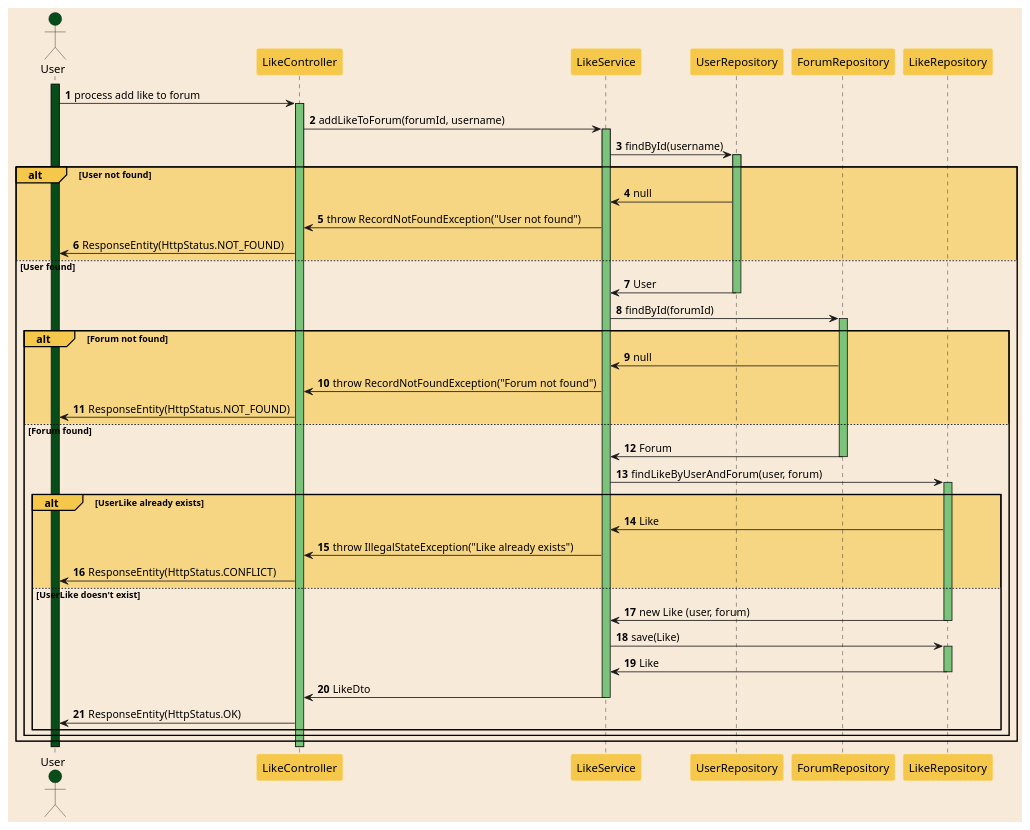
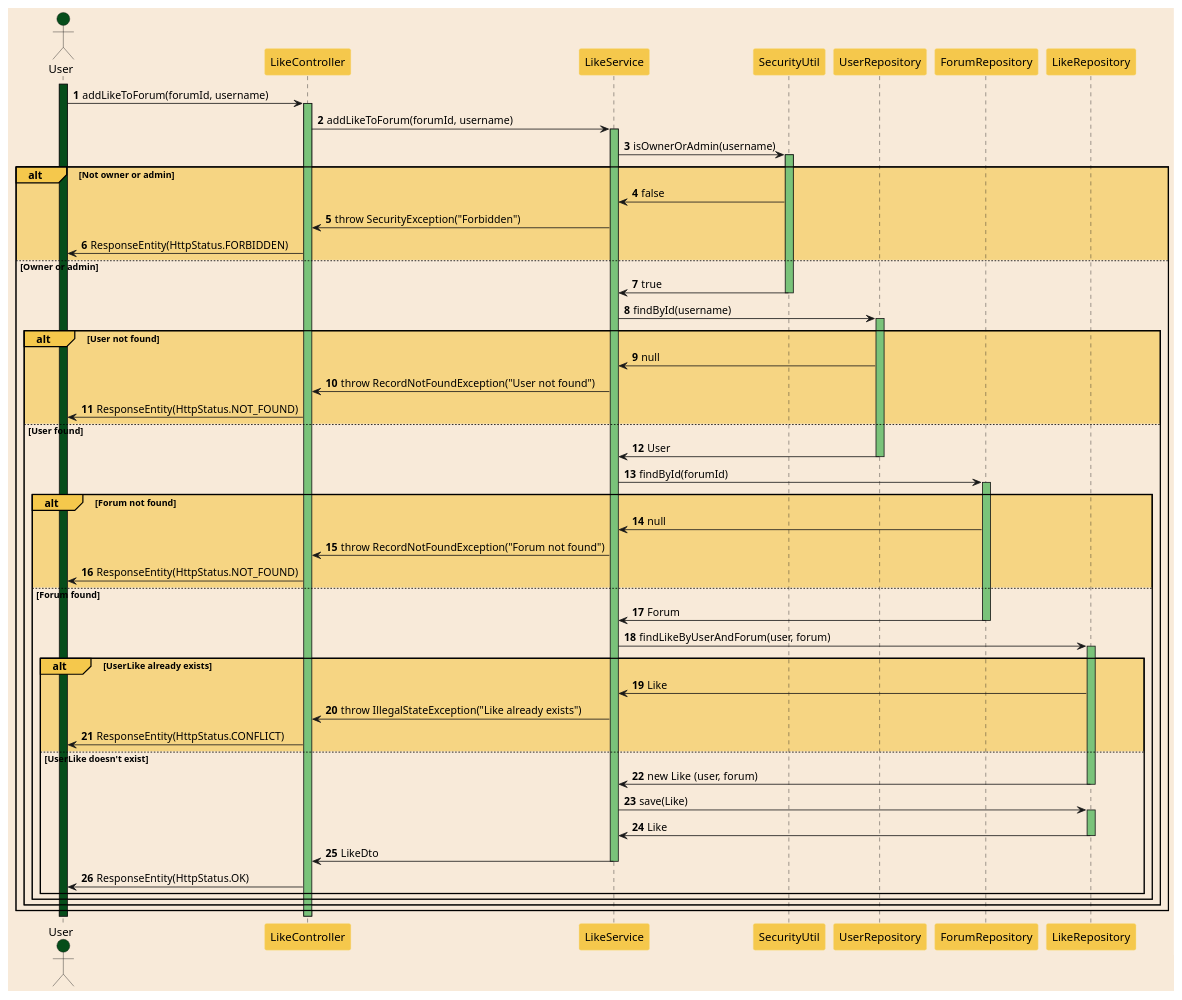
The diagram in src/main/resources/AddLikeToForumSequenceDiagram.puml (TamaraDeBeer/Backend-AutiWomen), drawn with PlantUML before and after one commit.

Commit message:
addLiketoForumSequenceDiagram eengepast met ownercheck

```diff
--- a/src/main/resources/AddLikeToForumSequenceDiagram.puml
+++ b/src/main/resources/AddLikeToForumSequenceDiagram.puml
@@ -1,74 +1,86 @@
 @startuml
 'https://plantuml.com/sequence-diagram
 
 autonumber
 
 skinparam sequence {
     ParticipantBackgroundColor #F5C84C
     ParticipantBorderColor #F7E19A
 }
 
 skinparam {
     BackgroundColor #F8EAD9
     BorderColor #F8EAD9
 }
 
 actor User #064D1A
 activate User #064D1A
 
-User -> LikeController : process add like to forum
+User -> LikeController : addLikeToForum(forumId, username)
 activate LikeController #7AC37A
 
 LikeController -> LikeService : addLikeToForum(forumId, username)
 activate LikeService #7AC37A
+
+LikeService -> SecurityUtil : isOwnerOrAdmin(username)
+activate SecurityUtil #7AC37A
+
+alt#F5C84C #F5C84C99 Not owner or admin
+    SecurityUtil -> LikeService : false
+    LikeService -> LikeController : throw SecurityException("Forbidden")
+    LikeController -> User : ResponseEntity(HttpStatus.FORBIDDEN)
+else #F8EAD9 Owner or admin
+    SecurityUtil -> LikeService : true
+    deactivate SecurityUtil
 
 LikeService -> UserRepository : findById(username)
 activate UserRepository #7AC37A
 
 alt#F5C84C #F5C84C99 User not found
     UserRepository -> LikeService : null
     LikeService -> LikeController : throw RecordNotFoundException("User not found")
     LikeController -> User : ResponseEntity(HttpStatus.NOT_FOUND)
 else #F8EAD9 User found
     UserRepository -> LikeService : User
     deactivate UserRepository
 
     LikeService -> ForumRepository : findById(forumId)
     activate ForumRepository #7AC37A
 
     alt#F5C84C #F5C84C99 Forum not found
         ForumRepository -> LikeService : null
         LikeService -> LikeController : throw RecordNotFoundException("Forum not found")
         LikeController -> User : ResponseEntity(HttpStatus.NOT_FOUND)
     else #F8EAD9 Forum found
         ForumRepository -> LikeService : Forum
         deactivate ForumRepository
 
         LikeService -> LikeRepository : findLikeByUserAndForum(user, forum)
         activate LikeRepository #7AC37A
 
         alt#F5C84C #F5C84C99 UserLike already exists
             LikeRepository -> LikeService : Like
             LikeService -> LikeController : throw IllegalStateException("Like already exists")
             LikeController -> User : ResponseEntity(HttpStatus.CONFLICT)
         else #F8EAD9 UserLike doesn't exist
             LikeRepository -> LikeService : new Like (user, forum)
             deactivate LikeRepository
 
             LikeService -> LikeRepository : save(Like)
             activate LikeRepository #7AC37A
 
             LikeRepository -> LikeService : Like
             deactivate LikeRepository
 
             LikeService -> LikeController : LikeDto
             deactivate LikeService
 
             LikeController -> User : ResponseEntity(HttpStatus.OK)
         end
     end
 end
+end
 
 deactivate LikeController
 deactivate User
 @enduml
```
